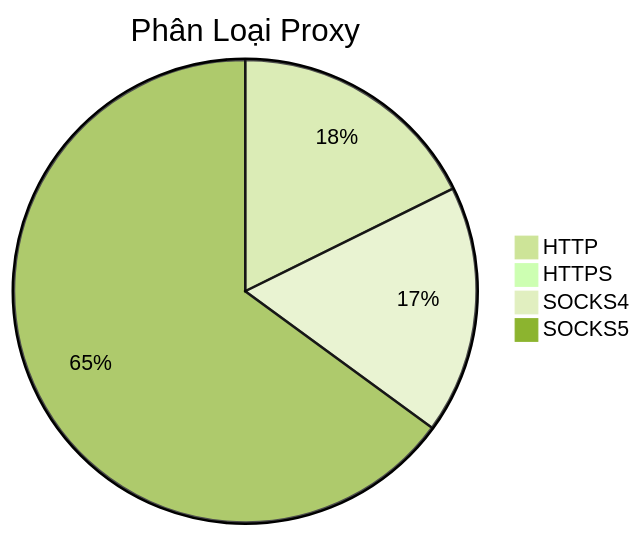
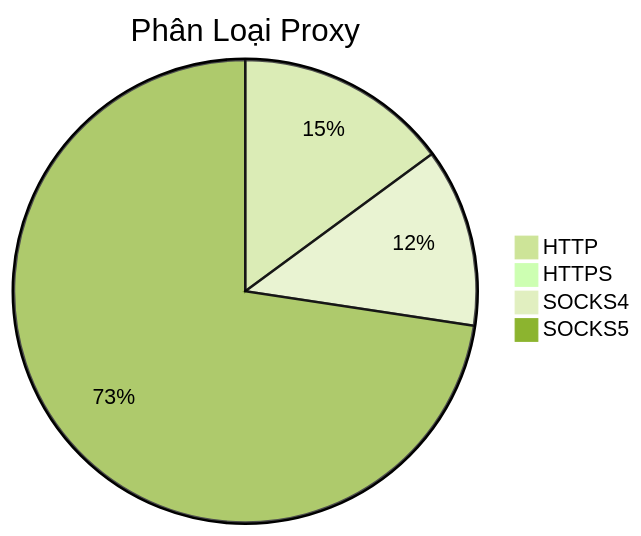
The diagram in README.md (Ciara-Aa/PROXY-free), drawn with Mermaid (forest theme) before and after one commit. The commit also changed other lines of this file and 3 other files, not shown here.

````diff
--- a/README.md
+++ b/README.md
@@ -26,7 +26,7 @@
 ```mermaid
 pie title Phân Loại Proxy
-    "HTTP" : 316
+    "HTTP" : 355
     "HTTPS" : 1
-    "SOCKS4" : 310
-    "SOCKS5" : 1160
+    "SOCKS4" : 297
+    "SOCKS5" : 1729
 ```
````
